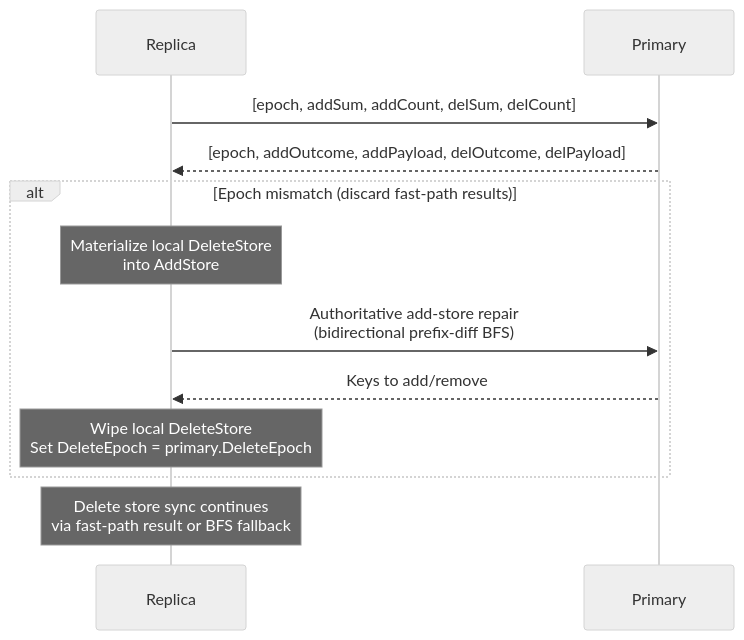
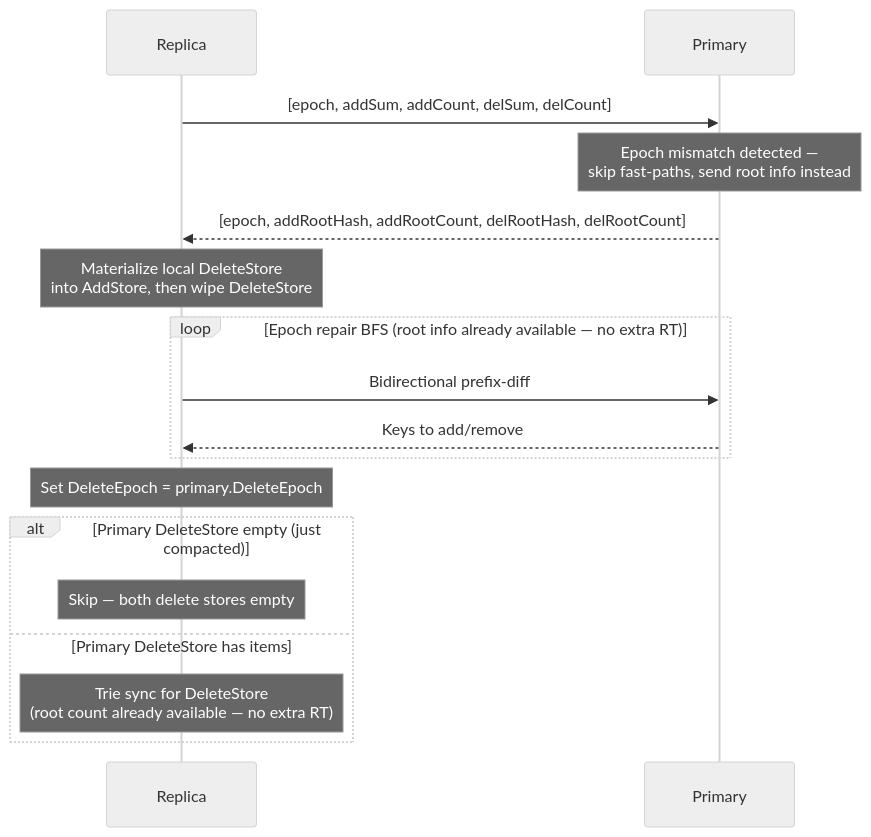
One commit to arj03/setsum-cs changed the eighth of 8 diagrams in SetSum/Sync/README.md. Above: the diagram before and after it, drawn with Mermaid (neutral theme). The commit also changed other lines of this file and 4 other files, not shown here.

````diff
--- a/SetSum/Sync/README.md
+++ b/SetSum/Sync/README.md
@@ -305,17 +307,24 @@
 ```mermaid
 sequenceDiagram
     participant R as Replica
     participant P as Primary
 
     R->>P: [epoch, addSum, addCount, delSum, delCount]
-    P-->>R: [epoch, addOutcome, addPayload, delOutcome, delPayload]
+    Note over P: Epoch mismatch detected —<br/>skip fast-paths, send root info instead
+    P-->>R: [epoch, addRootHash, addRootCount, delRootHash, delRootCount]
 
-    alt Epoch mismatch (discard fast-path results)
-        Note over R: Materialize local DeleteStore<br/>into AddStore
-        R->>P: Authoritative add-store repair<br/>(bidirectional prefix-diff BFS)
+    Note over R: Materialize local DeleteStore<br/>into AddStore, then wipe DeleteStore
+
+    loop Epoch repair BFS (root info already available — no extra RT)
+        R->>P: Bidirectional prefix-diff
         P-->>R: Keys to add/remove
-        Note over R: Wipe local DeleteStore<br/>Set DeleteEpoch = primary.DeleteEpoch
     end
 
-    Note over R: Delete store sync continues<br/>via fast-path result or BFS fallback
+    Note over R: Set DeleteEpoch = primary.DeleteEpoch
+
+    alt Primary DeleteStore empty (just compacted)
+        Note over R: Skip — both delete stores empty
+    else Primary DeleteStore has items
+        Note over R: Trie sync for DeleteStore<br/>(root count already available — no extra RT)
+    end
 ```
````
